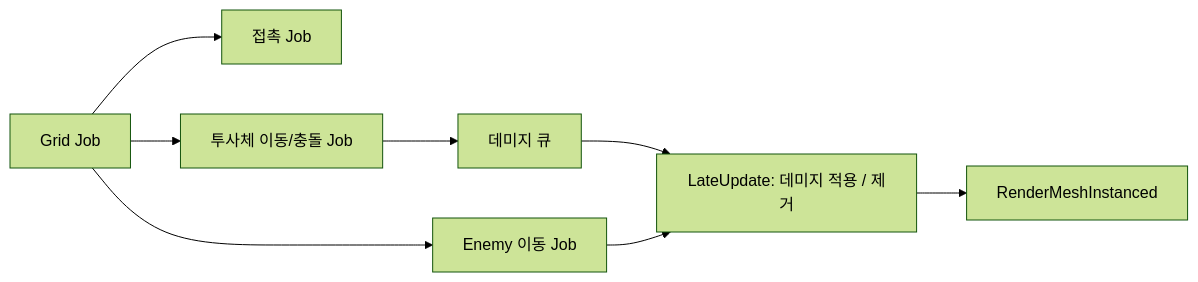
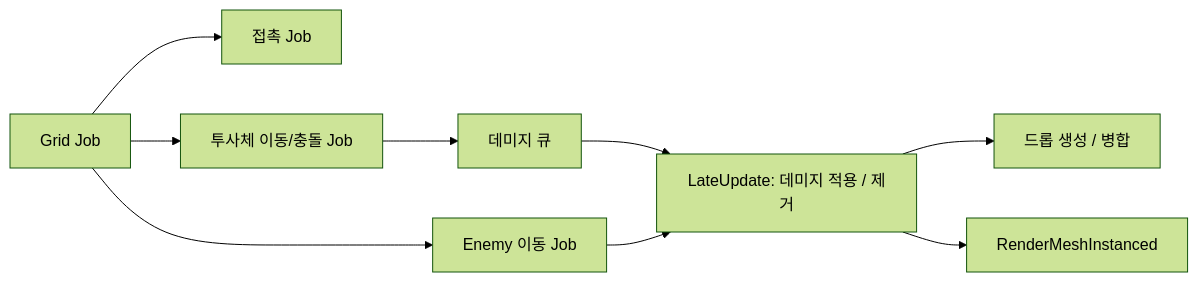
The diagram in README.md (lolisia/portfolio-01), drawn with Mermaid (forest theme) before and after one commit. The commit also changed other lines of this file and 31 other files, not shown here.

````diff
--- a/README.md
+++ b/README.md
@@ -49,10 +60,11 @@
 ```mermaid
 flowchart LR
     G[Grid Job] --> M[Enemy 이동 Job]
     G --> C[접촉 Job]
     G --> P[투사체 이동/충돌 Job]
     P --> Q[데미지 큐]
     Q --> D[LateUpdate: 데미지 적용 / 제거]
     M --> D
+    D --> K[드롭 생성 / 병합]
     D --> R[RenderMeshInstanced]
 ```
````
